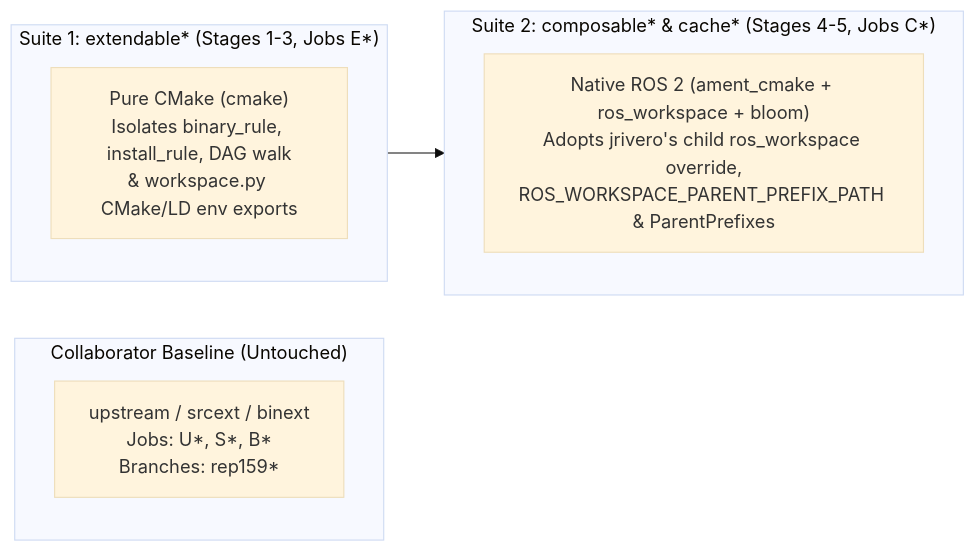
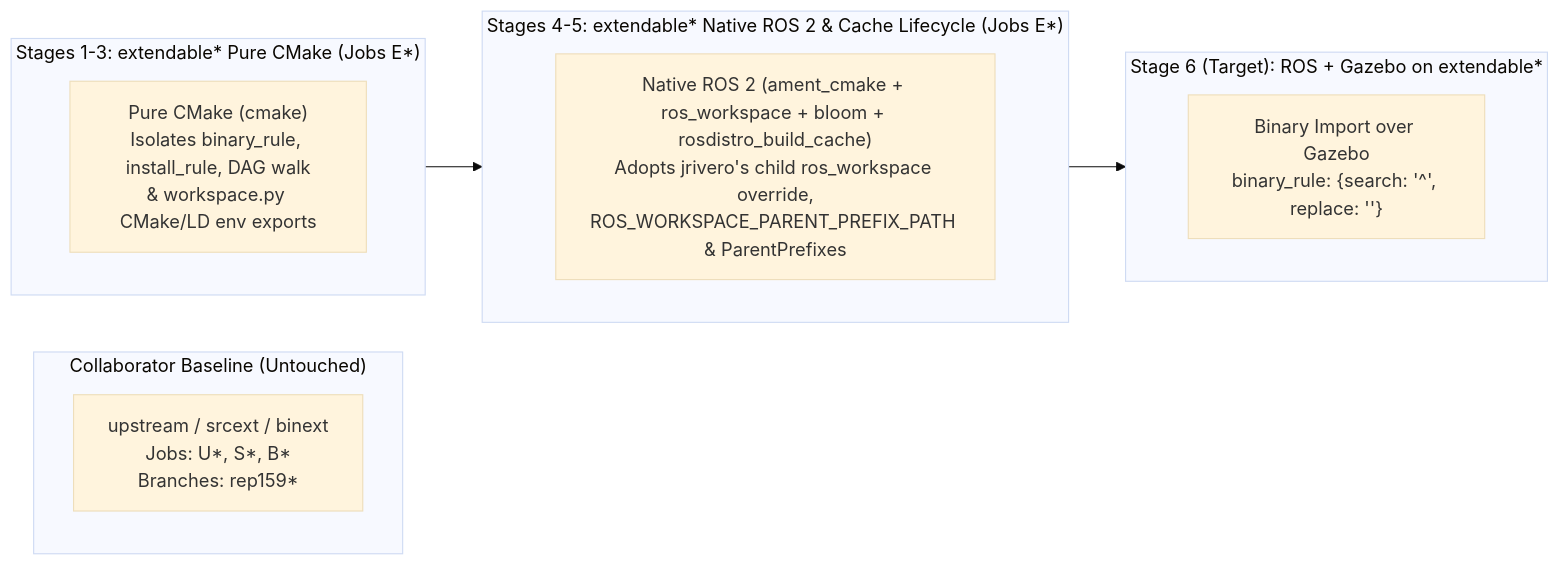
The first of 6 diagrams in TOPOLOGICAL_TESTING_EVIDENCE_GIST.md (KmoM88/rep159-testing), drawn with Mermaid (base theme) before and after one commit. The commit also changed other lines of this file and 10 other files, not shown here.

Commit message:
docs: unify Stage 4 & 5 under extendable* (E*), rename stage branches, and record build.test.ros2.org results

````diff
--- a/TOPOLOGICAL_TESTING_EVIDENCE_GIST.md
+++ b/TOPOLOGICAL_TESTING_EVIDENCE_GIST.md
@@ -9,16 +9,20 @@
 ```mermaid
 flowchart LR
     subgraph Collab ["Collaborator Baseline (Untouched)"]
         U["upstream / srcext / binext<br/>Jobs: U*, S*, B*<br/>Branches: rep159*"]
     end
 
-    subgraph Extendable ["Suite 1: extendable* (Stages 1-3, Jobs E*)"]
+    subgraph ExtendableCMake ["Stages 1-3: extendable* Pure CMake (Jobs E*)"]
         E["Pure CMake (<build_type>cmake</build_type>)<br/>Isolates binary_rule, install_rule, DAG walk<br/>& workspace.py CMake/LD env exports"]
     end
 
-    subgraph Composable ["Suite 2: composable* & cache* (Stages 4-5, Jobs C*)"]
-        C["Native ROS 2 (ament_cmake + ros_workspace + bloom)<br/>Adopts jrivero's child ros_workspace override,<br/>ROS_WORKSPACE_PARENT_PREFIX_PATH & ParentPrefixes"]
+    subgraph ExtendableWorkspace ["Stages 4-5: extendable* Native ROS 2 & Cache Lifecycle (Jobs E*)"]
+        C["Native ROS 2 (ament_cmake + ros_workspace + bloom + rosdistro_build_cache)<br/>Adopts jrivero's child ros_workspace override,<br/>ROS_WORKSPACE_PARENT_PREFIX_PATH & ParentPrefixes"]
     end
 
-    Extendable --> Composable
+    subgraph ExtendableGazebo ["Stage 6 (Target): ROS + Gazebo on extendable*"]
+        G["Binary Import over Gazebo<br/>binary_rule: {search: '^', replace: ''}"]
+    end
+
+    ExtendableCMake --> ExtendableWorkspace --> ExtendableGazebo
 ```
````
